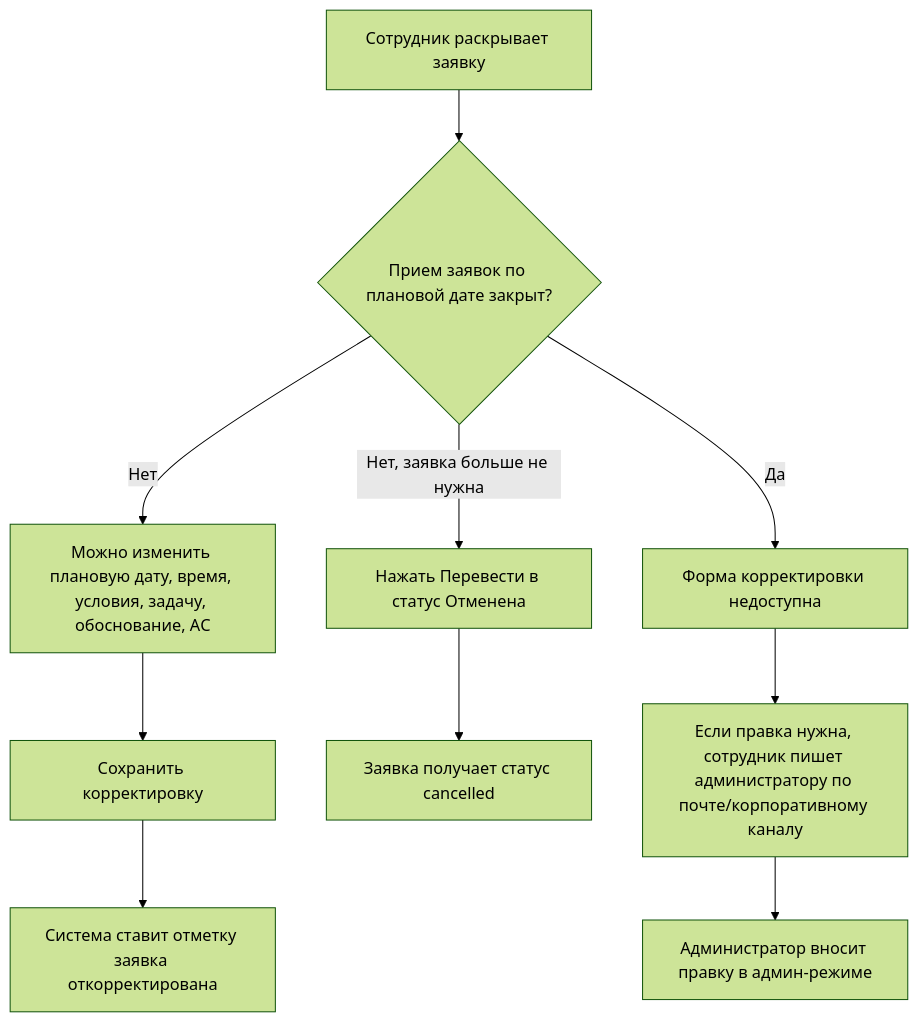
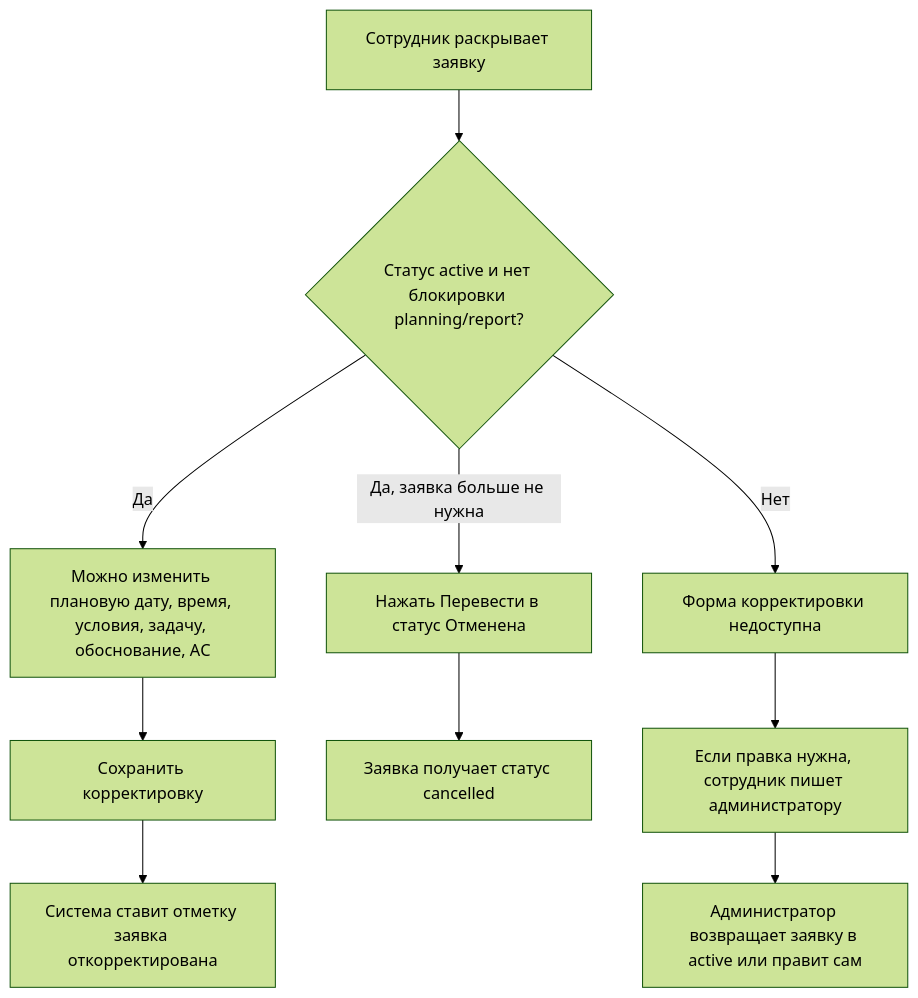
One commit to travinov/work-on-holiday-web-ui changed the fifth of 9 diagrams in docs/workflows/employee-admin-workflows.md. Above: the diagram before and after it, drawn with Mermaid (forest theme). The commit also changed other lines of this file and 5 other files, not shown here.

````diff
--- a/docs/workflows/employee-admin-workflows.md
+++ b/docs/workflows/employee-admin-workflows.md
@@ -114,12 +143,12 @@
 ```mermaid
 flowchart TD
-    A["Сотрудник раскрывает заявку"] --> B{"Прием заявок по плановой дате закрыт?"}
-    B -- "Нет" --> C["Можно изменить плановую дату, время, условия, задачу, обоснование, АС"]
+    A["Сотрудник раскрывает заявку"] --> B{"Статус active и нет блокировки planning/report?"}
+    B -- "Да" --> C["Можно изменить плановую дату, время, условия, задачу, обоснование, АС"]
     C --> D["Сохранить корректировку"]
     D --> E["Система ставит отметку заявка откорректирована"]
-    B -- "Нет, заявка больше не нужна" --> F["Нажать Перевести в статус Отменена"]
+    B -- "Да, заявка больше не нужна" --> F["Нажать Перевести в статус Отменена"]
     F --> G["Заявка получает статус cancelled"]
-    B -- "Да" --> H["Форма корректировки недоступна"]
-    H --> I["Если правка нужна, сотрудник пишет администратору по почте/корпоративному каналу"]
-    I --> J["Администратор вносит правку в админ-режиме"]
+    B -- "Нет" --> H["Форма корректировки недоступна"]
+    H --> I["Если правка нужна, сотрудник пишет администратору"]
+    I --> J["Администратор возвращает заявку в active или правит сам"]
 ```
````
